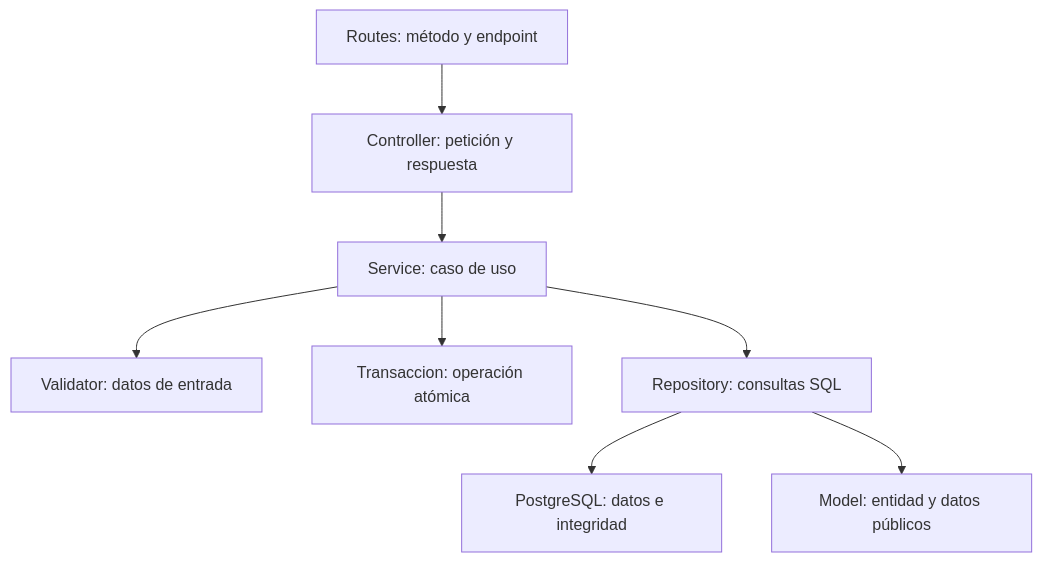
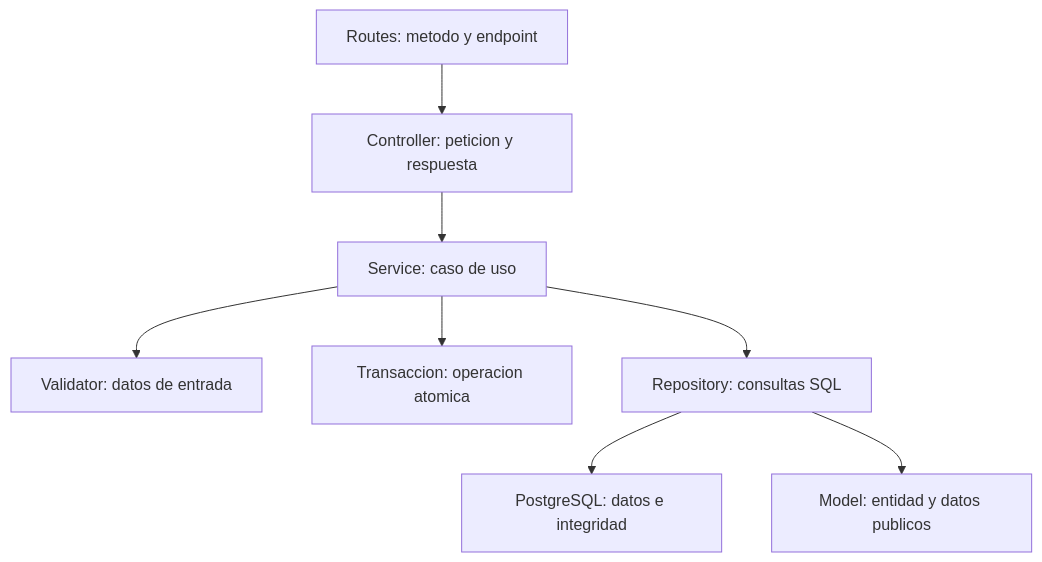
One commit to ciroandreslinotoledo61-lang/Sistema-Citas-Medicas changed the diagram in GUIA-ARQUITECTURA-Y-DEFENSA.md. Above: the diagram before and after it, drawn with Mermaid. The commit also changed other lines of this file and 102 other files, not shown here.

````diff
--- a/GUIA-ARQUITECTURA-Y-DEFENSA.md
+++ b/GUIA-ARQUITECTURA-Y-DEFENSA.md
@@ -50,10 +50,10 @@
 ```mermaid
 flowchart TD
-    R["Routes: método y endpoint"] --> C["Controller: petición y respuesta"]
+    R["Routes: metodo y endpoint"] --> C["Controller: peticion y respuesta"]
     C --> S["Service: caso de uso"]
     S --> V["Validator: datos de entrada"]
-    S --> T["Transaccion: operación atómica"]
+    S --> T["Transaccion: operacion atomica"]
     S --> P["Repository: consultas SQL"]
     P --> B["PostgreSQL: datos e integridad"]
-    P --> M["Model: entidad y datos públicos"]
+    P --> M["Model: entidad y datos publicos"]
 ```
````
